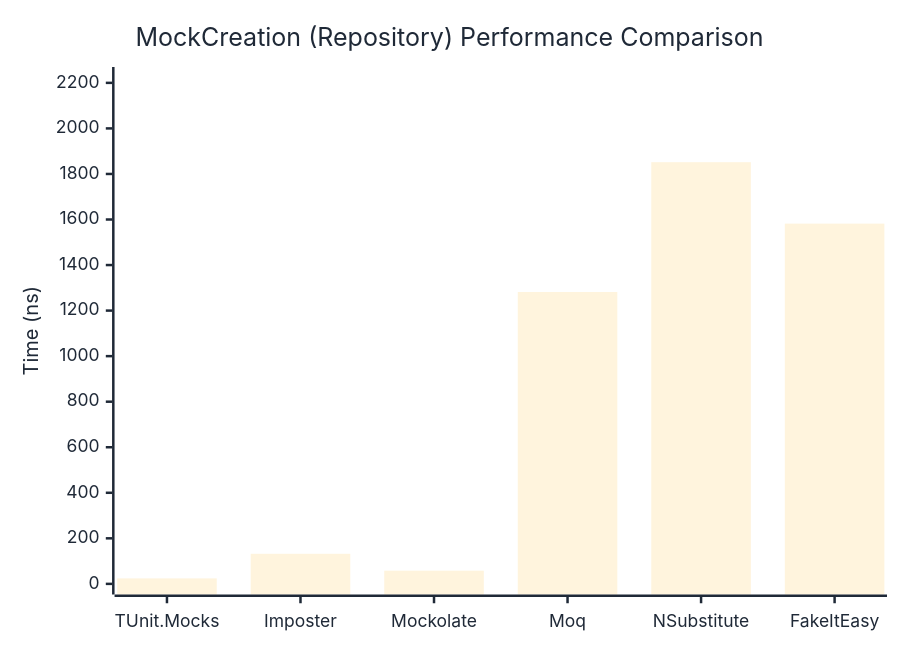
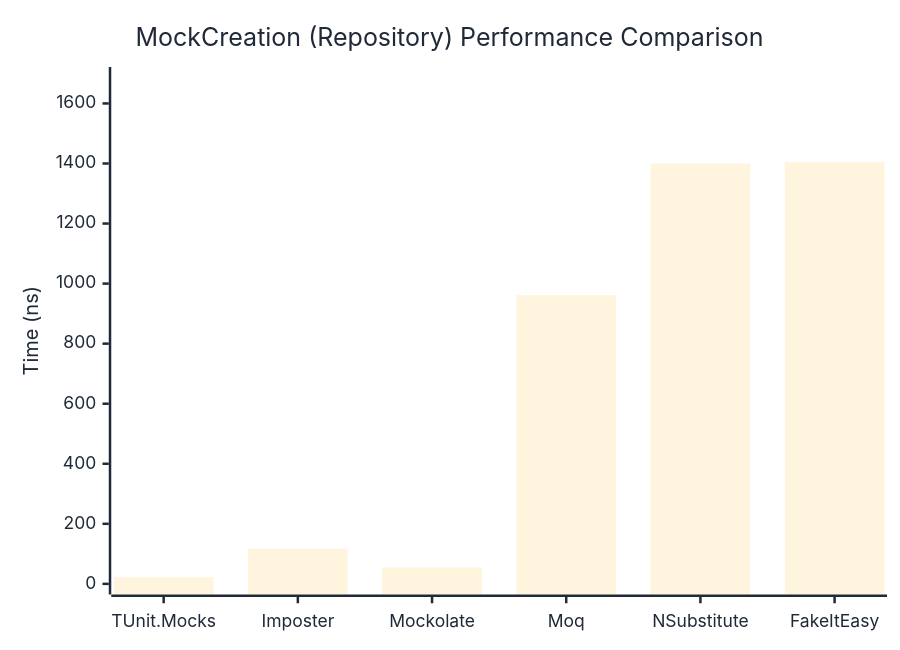
Before and after one commit to thomhurst/TUnit: the second of 2 diagrams in docs/docs/benchmarks/mocks/MockCreation.md, drawn with Mermaid. The commit also changed other lines of this file and 14 other files, not shown here.

````diff
--- a/docs/docs/benchmarks/mocks/MockCreation.md
+++ b/docs/docs/benchmarks/mocks/MockCreation.md
@@ -71,27 +71,27 @@
 ```mermaid
 %%{init: {
   'theme':'base',
   'themeVariables': {
     'primaryColor': '#2563eb',
     'primaryTextColor': '#1f2937',
     'primaryBorderColor': '#1e40af',
     'lineColor': '#6b7280',
     'secondaryColor': '#7c3aed',
     'tertiaryColor': '#dc2626',
     'background': '#ffffff',
     'pie1': '#2563eb',
     'pie2': '#7c3aed',
     'pie3': '#dc2626',
     'pie4': '#f59e0b',
     'pie5': '#10b981',
     'pie6': '#06b6d4',
     'pie7': '#ec4899',
     'pie8': '#6366f1'
   }
 }}%%
 xychart-beta
   title "MockCreation (Repository) Performance Comparison"
   x-axis ["TUnit.Mocks", "Imposter", "Mockolate", "Moq", "NSubstitute", "FakeItEasy"]
-  y-axis "Time (ns)" 0 --> 2223
-  bar [24.11, 132.07, 57.9, 1281.67, 1851.73, 1581.96]
+  y-axis "Time (ns)" 0 --> 1686
+  bar [22.07, 117.35, 54.88, 961.66, 1400.03, 1404.84]
 ```
````
